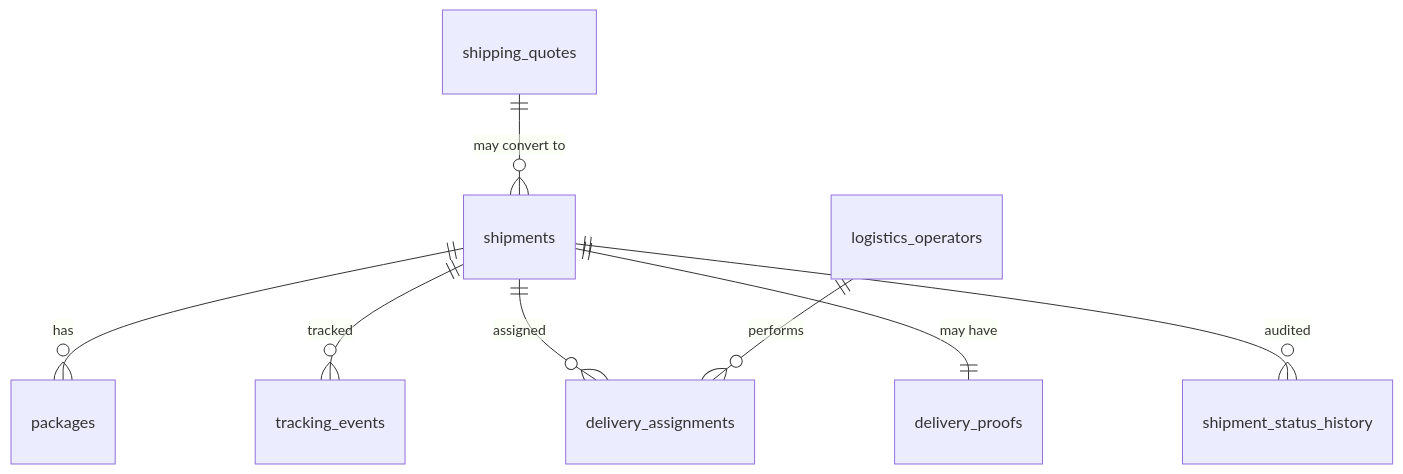
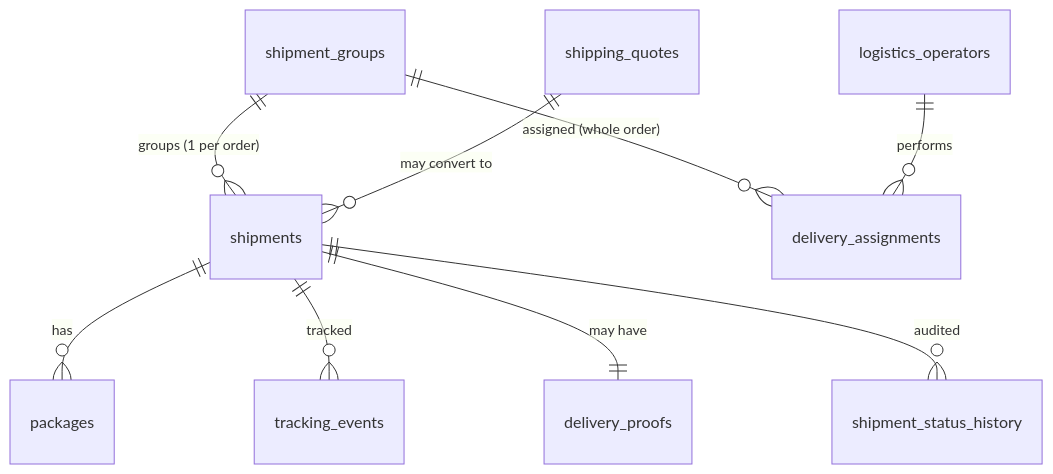
One commit to IAW-2026/proyecto-c-shipping-bicimarket changed the diagram in docs/04-modelo-de-datos.md. Above: the diagram before and after it, drawn with Mermaid. The commit also changed other lines of this file and 31 other files, not shown here.

````diff
--- a/docs/04-modelo-de-datos.md
+++ b/docs/04-modelo-de-datos.md
@@ -157,10 +179,11 @@
 ```mermaid
 erDiagram
+    shipment_groups ||--o{ shipments : "groups (1 per order)"
+    shipment_groups ||--o{ delivery_assignments : "assigned (whole order)"
     shipping_quotes ||--o{ shipments : "may convert to"
     shipments ||--o{ packages : has
     shipments ||--o{ tracking_events : tracked
-    shipments ||--o{ delivery_assignments : assigned
     shipments ||--|| delivery_proofs : "may have"
     shipments ||--o{ shipment_status_history : audited
     logistics_operators ||--o{ delivery_assignments : performs
 ```
````
